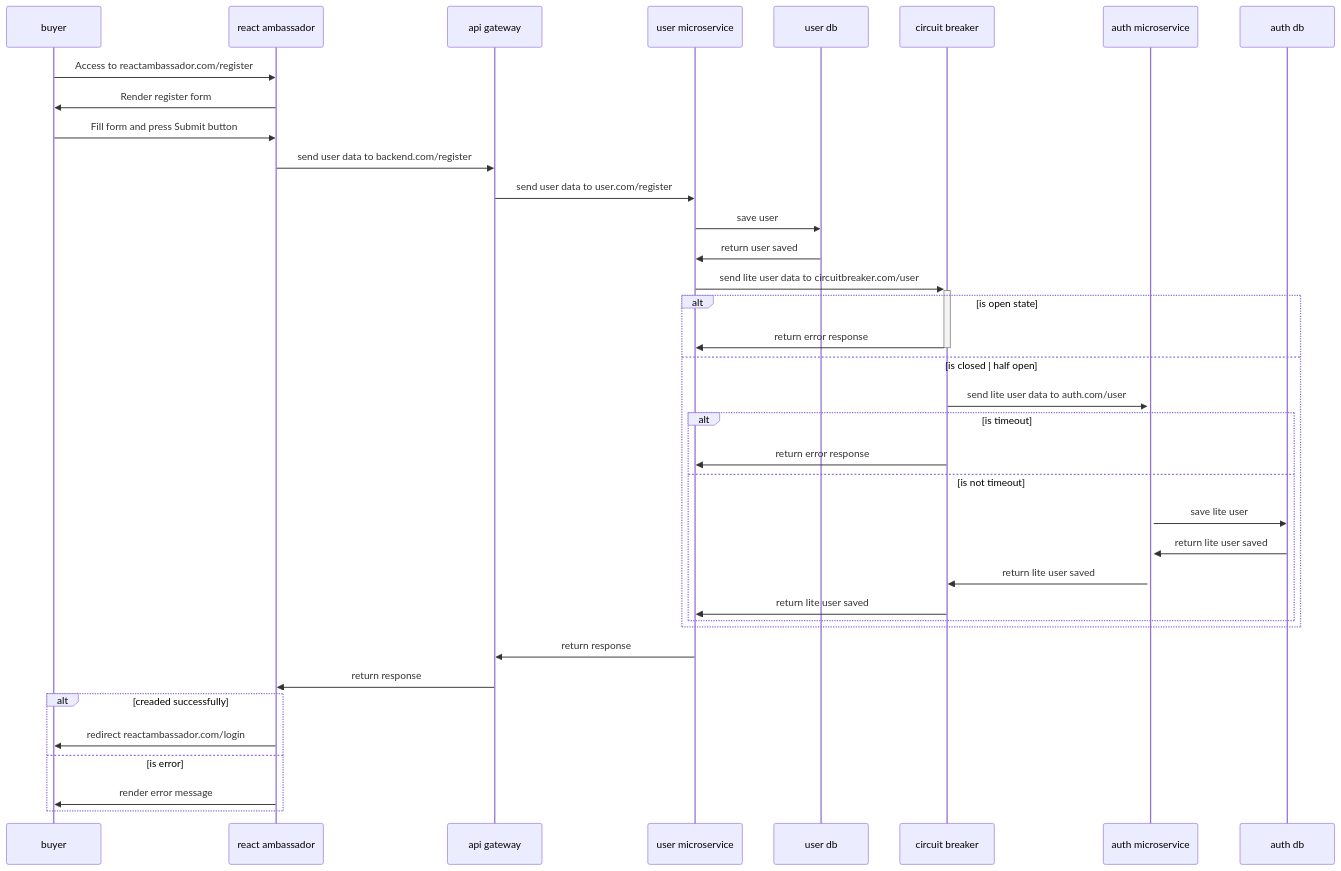
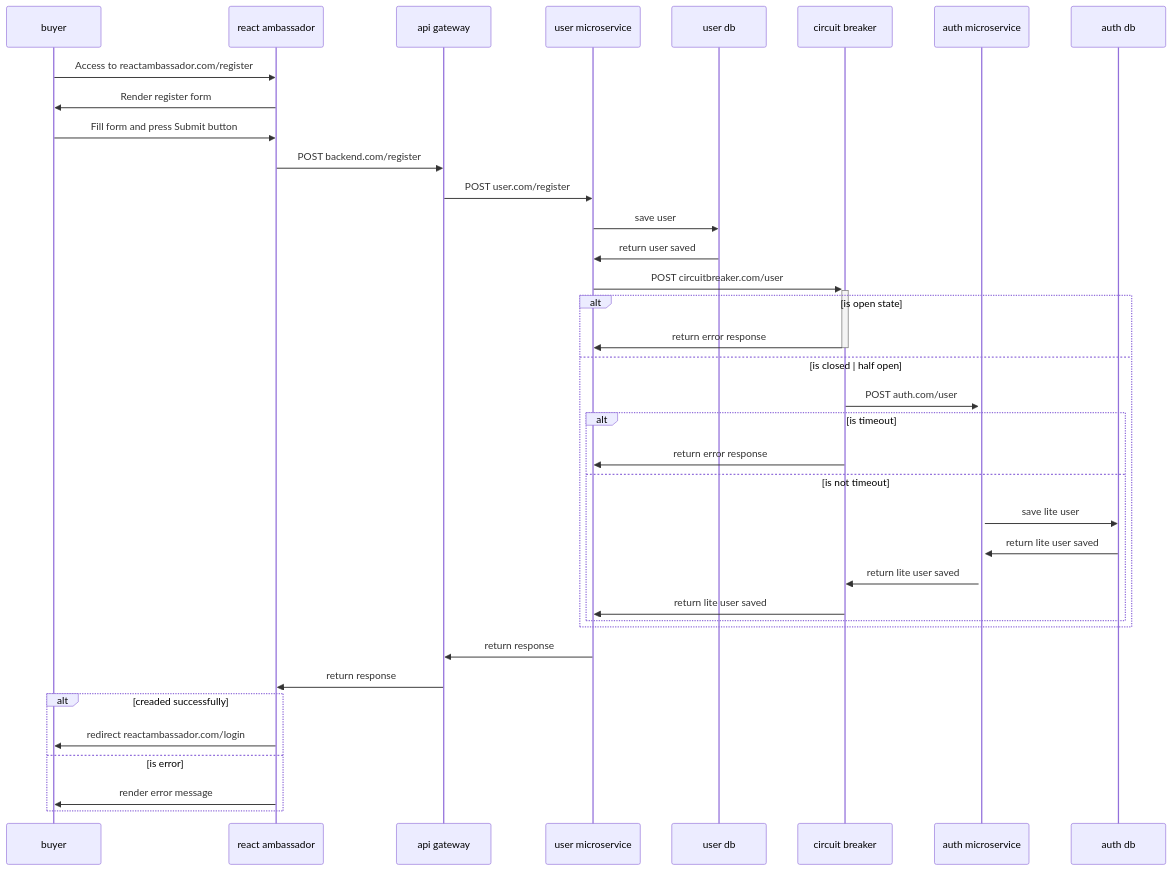
The diagram in register.mmd (samuVillegas/architecture-diagrams), drawn with Mermaid before and after one commit.

```diff
--- a/register.mmd
+++ b/register.mmd
@@ -1,29 +1,29 @@
 sequenceDiagram
     buyer->>react ambassador: Access to reactambassador.com/register
     react ambassador->>buyer: Render register form
     buyer->>react ambassador: Fill form and press Submit button
-    react ambassador->>api gateway: send user data to backend.com/register
-    api gateway->>user microservice: send user data to user.com/register
+    react ambassador->>api gateway: POST backend.com/register
+    api gateway->>user microservice: POST user.com/register
     user microservice->>user db: save user
     user db->>user microservice: return user saved
-    user microservice->>+circuit breaker: send lite user data to circuitbreaker.com/user
+    user microservice->>+circuit breaker: POST circuitbreaker.com/user
     alt is open state
         circuit breaker->>-user microservice: return error response
     else is closed | half open
-        circuit breaker->>+auth microservice: send lite user data to auth.com/user
+        circuit breaker->>+auth microservice: POST auth.com/user
         alt is timeout
             circuit breaker->>user microservice: return error response
         else is not timeout
             auth microservice->>auth db: save lite user
             auth db->>auth microservice: return lite user saved
             auth microservice->>circuit breaker: return lite user saved
             circuit breaker->>user microservice: return lite user saved
         end
     end
     user microservice->>api gateway: return response
     api gateway->>react ambassador: return response
     alt creaded successfully
         react ambassador->>buyer: redirect reactambassador.com/login
     else is error
         react ambassador->>buyer: render error message
     end
```
